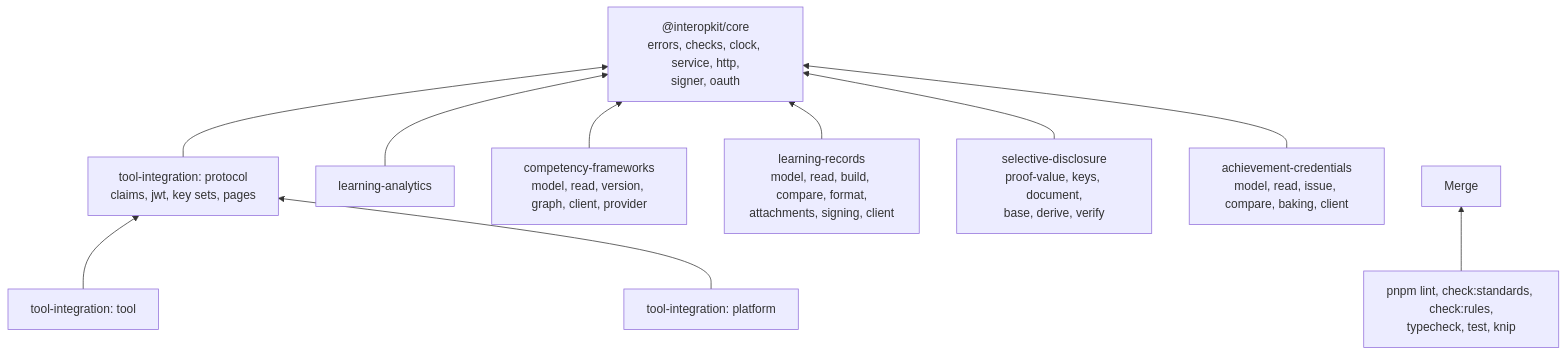
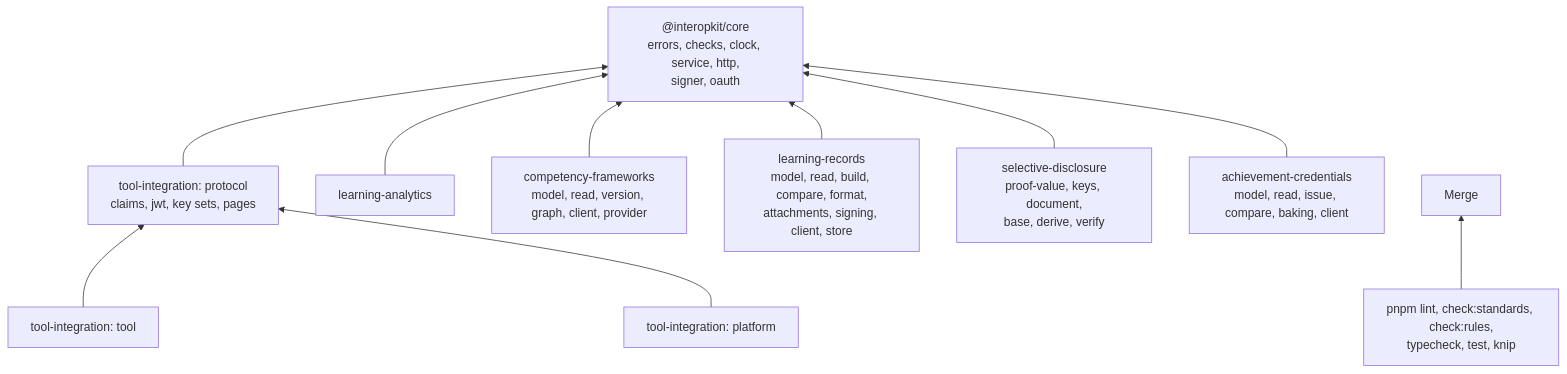
One commit to interopkit/interopkit changed the diagram in AGENTS.md. Above: the diagram before and after it, drawn with Mermaid. The commit also changed other lines of this file and 56 other files, not shown here.

````diff
--- a/AGENTS.md
+++ b/AGENTS.md
@@ -15,21 +15,21 @@
 ```mermaid
 flowchart BT
   core["@interopkit/core<br/>errors, checks, clock, service, http,<br/>signer, oauth"]
   proto["tool-integration: protocol<br/>claims, jwt, key sets, pages"]
   tool["tool-integration: tool"]
   plat["tool-integration: platform"]
   la["learning-analytics"]
   cf["competency-frameworks<br/>model, read, version, graph, client, provider"]
-  lr["learning-records<br/>model, read, build, compare, format,<br/>attachments, signing, client"]
+  lr["learning-records<br/>model, read, build, compare, format,<br/>attachments, signing, client, store"]
   sd["selective-disclosure<br/>proof-value, keys, document,<br/>base, derive, verify"]
   ac["achievement-credentials<br/>model, read, issue, compare, baking, client"]
   proto --> core
   tool --> proto
   plat --> proto
   la --> core
   cf --> core
   lr --> core
   sd --> core
   ac --> core
   gates["pnpm lint, check:standards, check:rules,<br/>typecheck, test, knip"] --> merge["Merge"]
 ```
````
